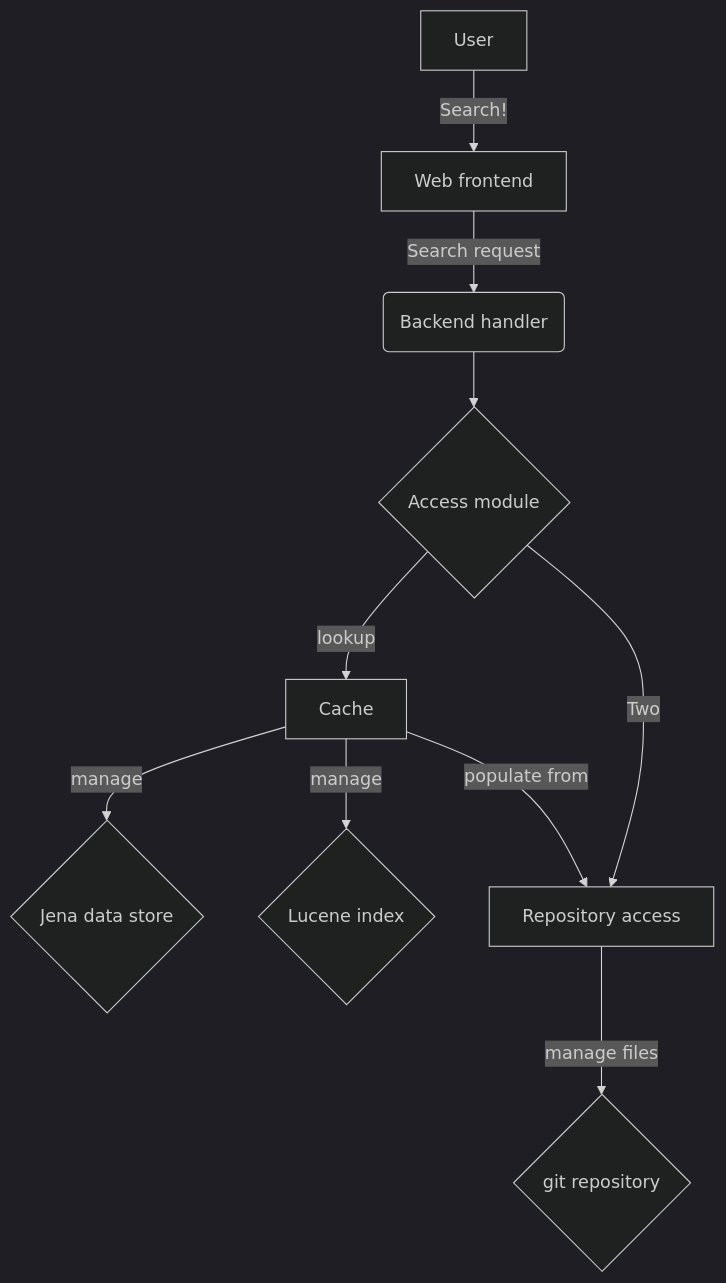
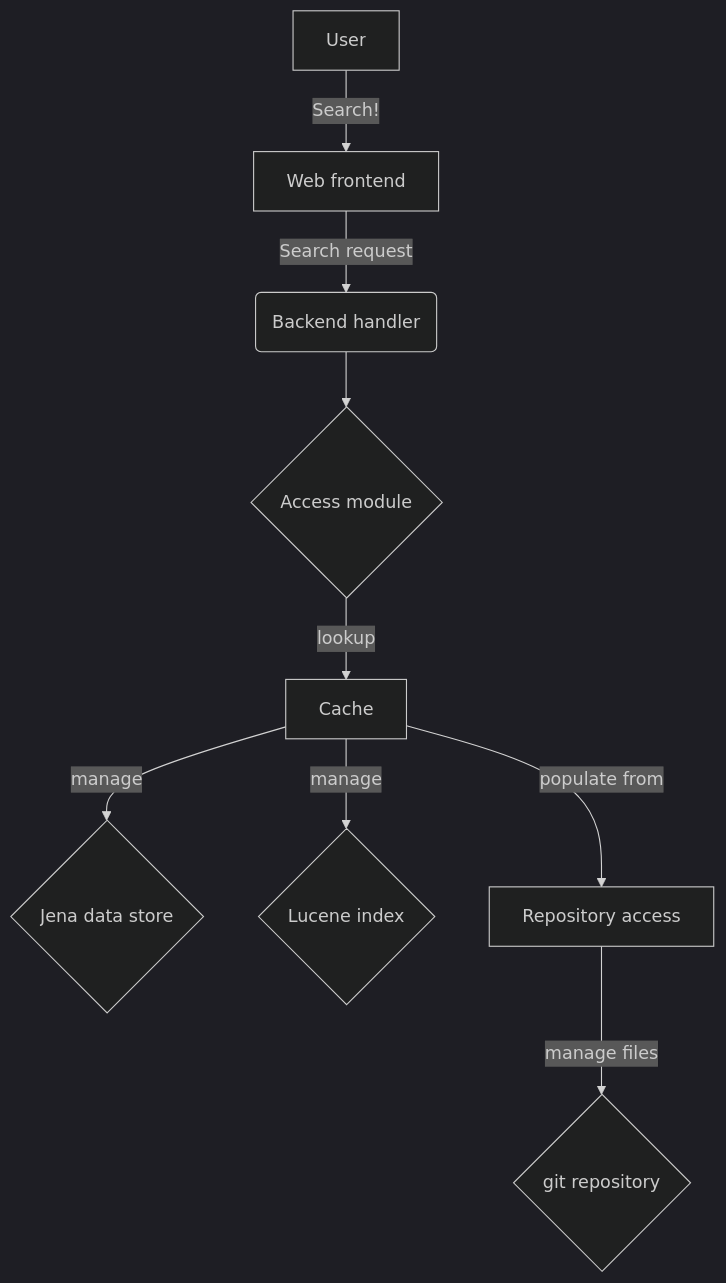
One commit to active-group/sp-eu changed the diagram in README.org. Above: the diagram before and after it, drawn with Mermaid (dark theme).

```diff
--- a/README.org
+++ b/README.org
@@ -102,12 +102,11 @@
 #+BEGIN_SRC mermaid
 flowchart TD
     U[User] -->|Search!| A
     A[Web frontend] -->|Search request| B(Backend handler)
     B --> C{Access module}
     C -->|lookup| D[Cache]
     D -->|manage| G{Jena data store}
     D -->|manage| H{Lucene index}
-    C -->|Two| E[Repository access]
-    D -->|populate from| E
+    D -->|populate from| E[Repository access]
     E -->|manage files| I{git repository}
 #+END_SRC
```
